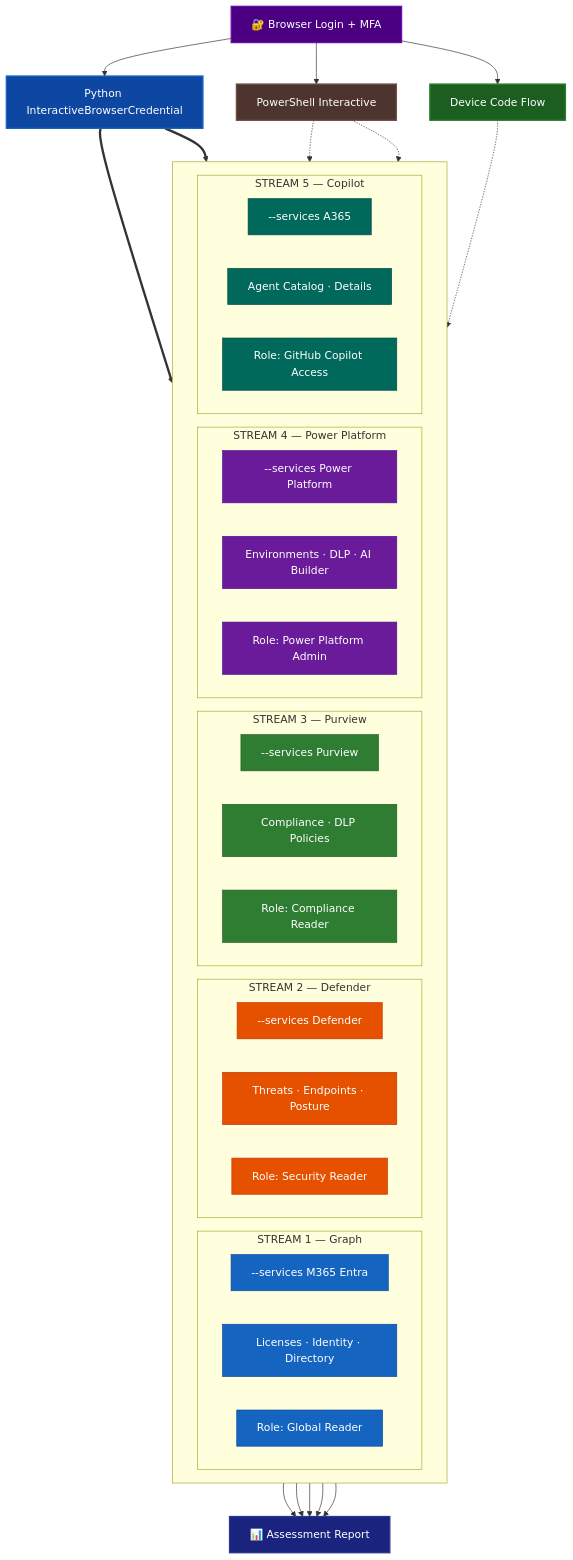
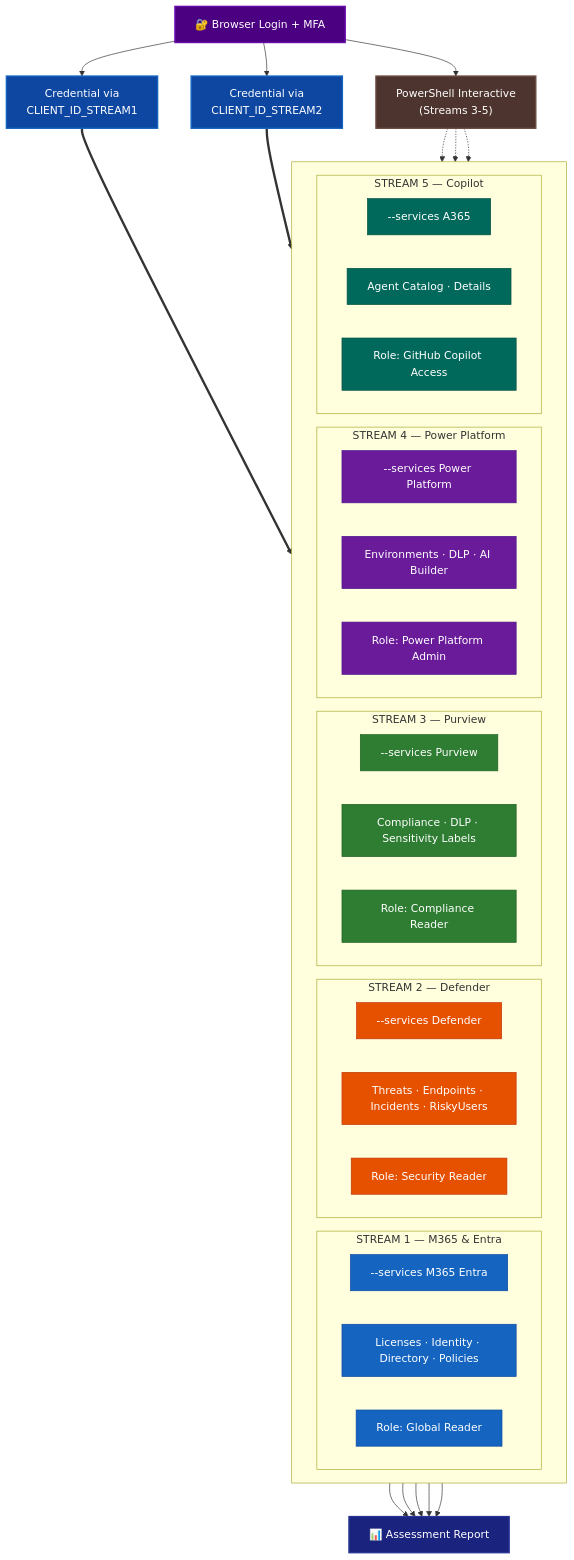
One commit to mironi-org/m365-copilot-automated-readiness-assessment changed the third of 3 diagrams in INTERACTIVE-AUTH-GUIDELINES.md. Above: the diagram before and after it, drawn with Mermaid. The commit also changed other lines of this file and 2 other files, not shown here.

Commit message:
feat: per-stream app registration model for interactive auth

````diff
--- a/INTERACTIVE-AUTH-GUIDELINES.md
+++ b/INTERACTIVE-AUTH-GUIDELINES.md
@@ -247,82 +308,80 @@
 ```mermaid
 flowchart TD
     %% Authentication Layer
     LOGIN["🔐 Browser Login + MFA"]
 
-    %% Auth Method Router
-    LOGIN --> AUTH_PYTHON["Python InteractiveBrowserCredential"]
-    LOGIN --> AUTH_PS["PowerShell Interactive"]
-    LOGIN --> AUTH_DC["Device Code Flow"]
+    %% Per-stream credentials
+    LOGIN --> CRED1["Credential via<br/>CLIENT_ID_STREAM1"]
+    LOGIN --> CRED2["Credential via<br/>CLIENT_ID_STREAM2"]
+    LOGIN --> AUTH_PS["PowerShell Interactive<br/>(Streams 3-5)"]
 
     %% Streams
     subgraph STREAMS[" "]
         direction LR
 
-        subgraph S1["STREAM 1 — Graph"]
+        subgraph S1["STREAM 1 — M365 & Entra"]
             S1_CMD["--services M365 Entra"]
-            S1_DATA["Licenses · Identity · Directory"]
+            S1_DATA["Licenses · Identity · Directory · Policies"]
             S1_ROLE["Role: Global Reader"]
         end
 
         subgraph S2["STREAM 2 — Defender"]
             S2_CMD["--services Defender"]
-            S2_DATA["Threats · Endpoints · Posture"]
+            S2_DATA["Threats · Endpoints · Incidents · RiskyUsers"]
             S2_ROLE["Role: Security Reader"]
         end
 
         subgraph S3["STREAM 3 — Purview"]
             S3_CMD["--services Purview"]
-            S3_DATA["Compliance · DLP Policies"]
+            S3_DATA["Compliance · DLP · Sensitivity Labels"]
             S3_ROLE["Role: Compliance Reader"]
         end
 
         subgraph S4["STREAM 4 — Power Platform"]
             S4_CMD["--services Power Platform"]
             S4_DATA["Environments · DLP · AI Builder"]
             S4_ROLE["Role: Power Platform Admin"]
         end
 
         subgraph S5["STREAM 5 — Copilot"]
             S5_CMD["--services A365"]
             S5_DATA["Agent Catalog · Details"]
             S5_ROLE["Role: GitHub Copilot Access"]
         end
     end
 
     %% Connections
-    AUTH_PYTHON ==> S1_CMD
-    AUTH_PYTHON ==> S2_CMD
+    CRED1 ==> S1_CMD
+    CRED2 ==> S2_CMD
     AUTH_PS -.-> S3_CMD
     AUTH_PS -.-> S4_CMD
-    AUTH_DC -.-> S5_CMD
+    AUTH_PS -.-> S5_CMD
 
     %% Output
     S1_ROLE --> REPORT["📊 Assessment Report"]
     S2_ROLE --> REPORT
     S3_ROLE --> REPORT
     S4_ROLE --> REPORT
     S5_ROLE --> REPORT
 
     %% Styling
     classDef loginStyle fill:#4B0082,stroke:#6A0DAD,color:#FFF,stroke-width:2px
-    classDef pythonAuth fill:#0D47A1,stroke:#1565C0,color:#FFF,stroke-width:2px
+    classDef credStyle fill:#0D47A1,stroke:#1565C0,color:#FFF,stroke-width:2px
     classDef psAuth fill:#4E342E,stroke:#6D4C41,color:#FFF,stroke-width:2px
-    classDef dcAuth fill:#1B5E20,stroke:#2E7D32,color:#FFF,stroke-width:2px
     classDef stream1 fill:#1565C0,stroke:#0D47A1,color:#FFF
     classDef stream2 fill:#E65100,stroke:#BF360C,color:#FFF
     classDef stream3 fill:#2E7D32,stroke:#1B5E20,color:#FFF
     classDef stream4 fill:#6A1B9A,stroke:#4A148C,color:#FFF
     classDef stream5 fill:#00695C,stroke:#004D40,color:#FFF
     classDef reportStyle fill:#1A237E,stroke:#283593,color:#FFF,stroke-width:2px
 
     class LOGIN loginStyle
-    class AUTH_PYTHON pythonAuth
+    class CRED1,CRED2 credStyle
     class AUTH_PS psAuth
-    class AUTH_DC dcAuth
     class S1_CMD,S1_DATA,S1_ROLE stream1
     class S2_CMD,S2_DATA,S2_ROLE stream2
     class S3_CMD,S3_DATA,S3_ROLE stream3
     class S4_CMD,S4_DATA,S4_ROLE stream4
     class S5_CMD,S5_DATA,S5_ROLE stream5
     class REPORT reportStyle
 ```
````
